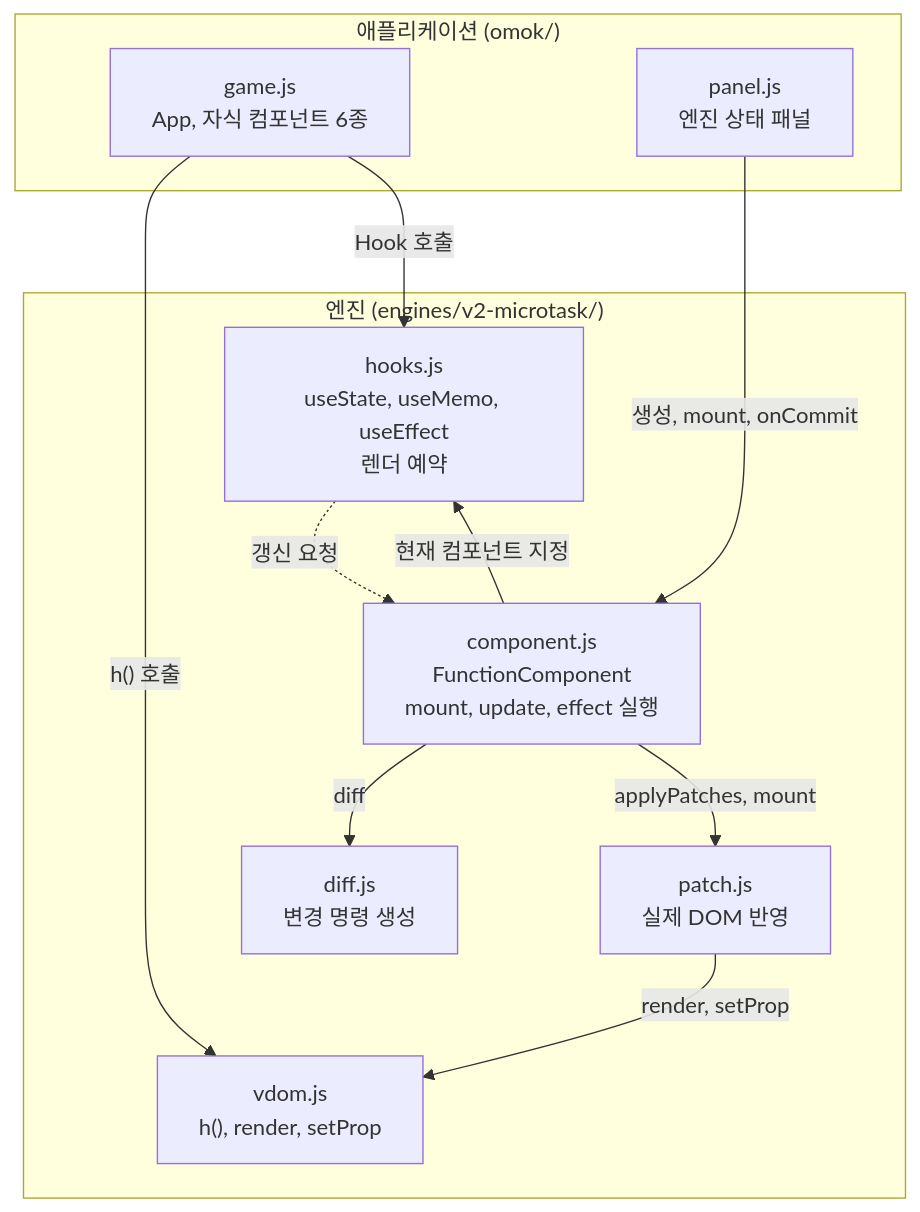
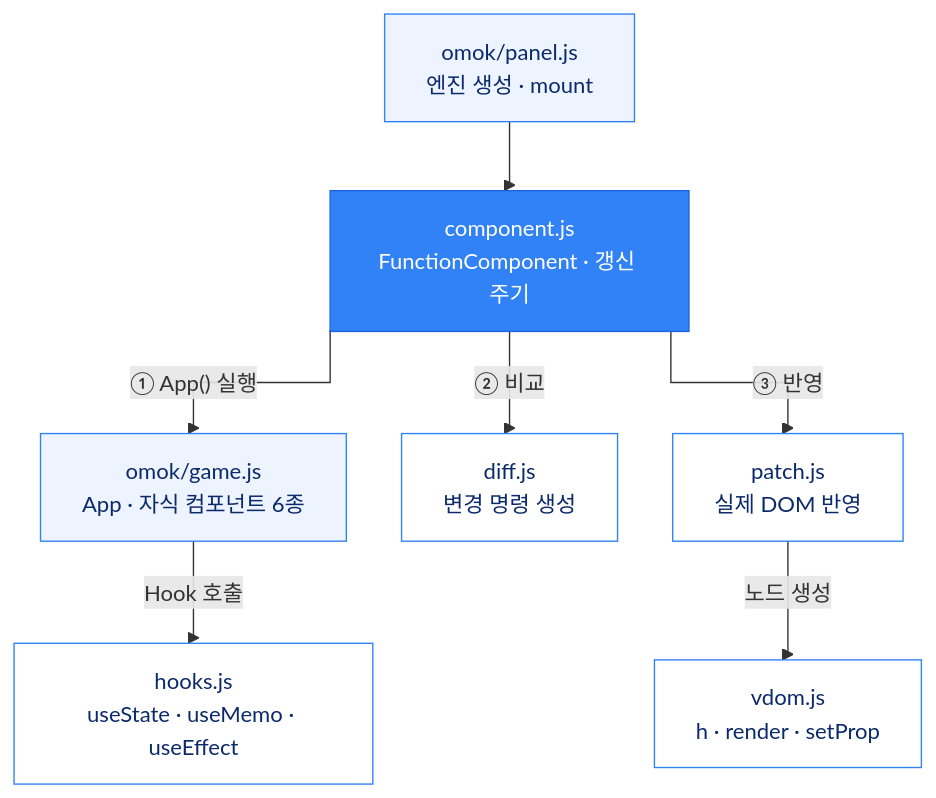
One commit to Jongeume/mini-react changed the first of 3 diagrams in README.md. Above: the diagram before and after it, drawn with Mermaid. The commit also changed other lines of this file and 21 other files, not shown here.

````diff
--- a/README.md
+++ b/README.md
@@ -54,24 +43,27 @@
 ```mermaid
+%%{init: {"flowchart": {"curve": "stepBefore", "nodeSpacing": 40, "rankSpacing": 50}}}%%
 flowchart TB
-  subgraph APP["애플리케이션 (omok/)"]
-    GAME["game.js<br/>App, 자식 컴포넌트 6종"]
-    PANEL["panel.js<br/>엔진 상태 패널"]
-  end
+  PANEL["omok/panel.js<br/>엔진 생성 · mount"]
+  COMP["component.js<br/>FunctionComponent · 갱신 주기"]
 
-  subgraph ENGINE["엔진 (engines/v2-microtask/)"]
-    HOOKS["hooks.js<br/>useState, useMemo, useEffect<br/>렌더 예약"]
-    COMP["component.js<br/>FunctionComponent<br/>mount, update, effect 실행"]
-    VDOM["vdom.js<br/>h(), render, setProp"]
-    DIFF["diff.js<br/>변경 명령 생성"]
-    PATCH["patch.js<br/>실제 DOM 반영"]
-  end
+  GAME["omok/game.js<br/>App · 자식 컴포넌트 6종"]
+  DIFF["diff.js<br/>변경 명령 생성"]
+  PATCH["patch.js<br/>실제 DOM 반영"]
 
-  GAME -->|"h() 호출"| VDOM
-  GAME -->|"Hook 호출"| HOOKS
-  PANEL -->|"생성, mount, onCommit"| COMP
-  HOOKS -.->|"갱신 요청"| COMP
-  COMP -->|"현재 컴포넌트 지정"| HOOKS
-  COMP -->|"diff"| DIFF
-  COMP -->|"applyPatches, mount"| PATCH
-  PATCH -->|"render, setProp"| VDOM
+  HOOKS["hooks.js<br/>useState · useMemo · useEffect"]
+  VDOM["vdom.js<br/>h · render · setProp"]
+
+  PANEL --> COMP
+  COMP -->|"① App() 실행"| GAME
+  COMP -->|"② 비교"| DIFF
+  COMP -->|"③ 반영"| PATCH
+  GAME -->|Hook 호출| HOOKS
+  PATCH -->|노드 생성| VDOM
+
+  classDef app fill:#eef4ff,stroke:#3182f6,color:#0b2a6b
+  classDef core fill:#3182f6,stroke:#1b64da,color:#ffffff
+  classDef mod fill:#ffffff,stroke:#3182f6,color:#0b2a6b
+  class PANEL,GAME app
+  class COMP core
+  class HOOKS,DIFF,PATCH,VDOM mod
 ```
````
